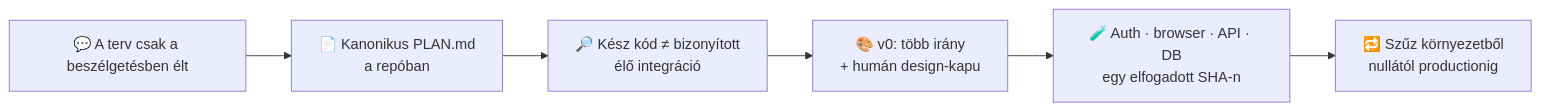
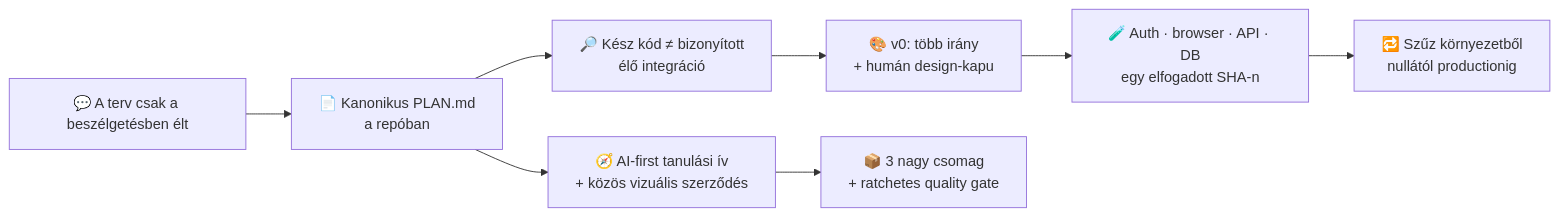
The diagram in materials/epitesi-naplo/day-5.md (cspiya/wshp-ai-dev-2026), drawn with Mermaid before and after one commit. The commit also changed other lines of this file and 10 other files, not shown here.

````diff
--- a/materials/epitesi-naplo/day-5.md
+++ b/materials/epitesi-naplo/day-5.md
@@ -16,8 +16,10 @@
 ```mermaid
 flowchart LR
     CHAT["💬 A terv csak a beszélgetésben élt"] --> GIT["📄 Kanonikus PLAN.md<br/>a repóban"]
     GIT --> TRUTH["🔎 Kész kód ≠ bizonyított<br/>élő integráció"]
     TRUTH --> V0["🎨 v0: több irány<br/>+ humán design-kapu"]
     V0 --> PROOF["🧪 Auth · browser · API · DB<br/>egy elfogadott SHA-n"]
     PROOF --> REPLAY["🔁 Szűz környezetből<br/>nullától productionig"]
+    GIT --> MATERIAL["🧭 AI-first tanulási ív<br/>+ közös vizuális szerződés"]
+    MATERIAL --> PACKAGES["📦 3 nagy csomag<br/>+ ratchetes quality gate"]
 ```
````
